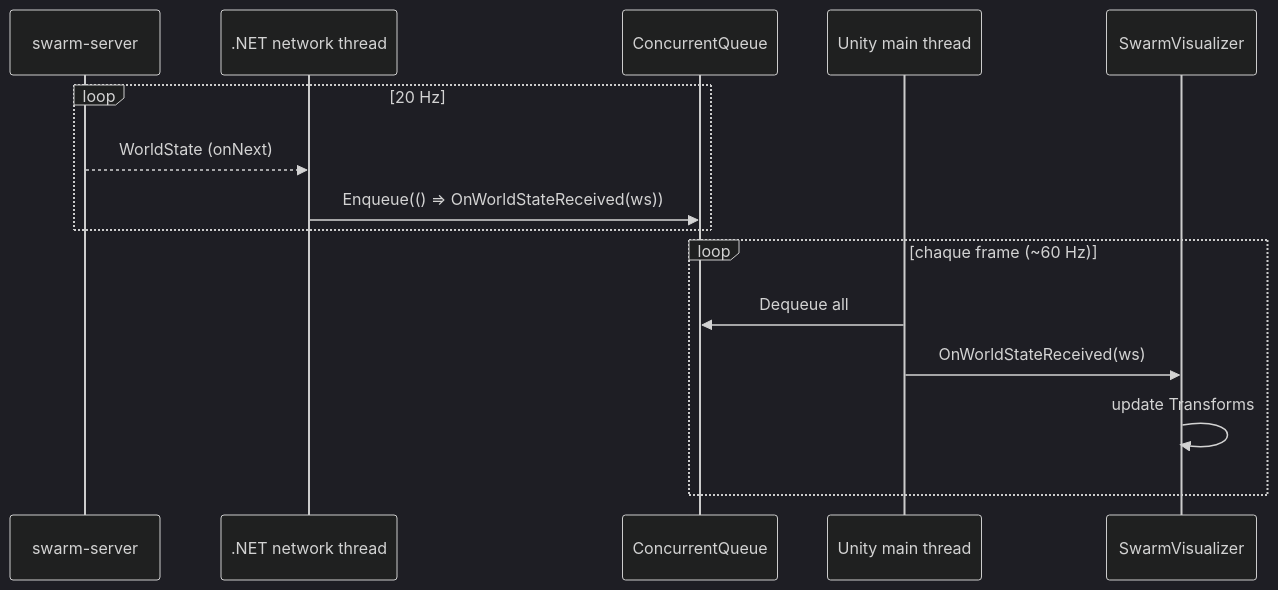
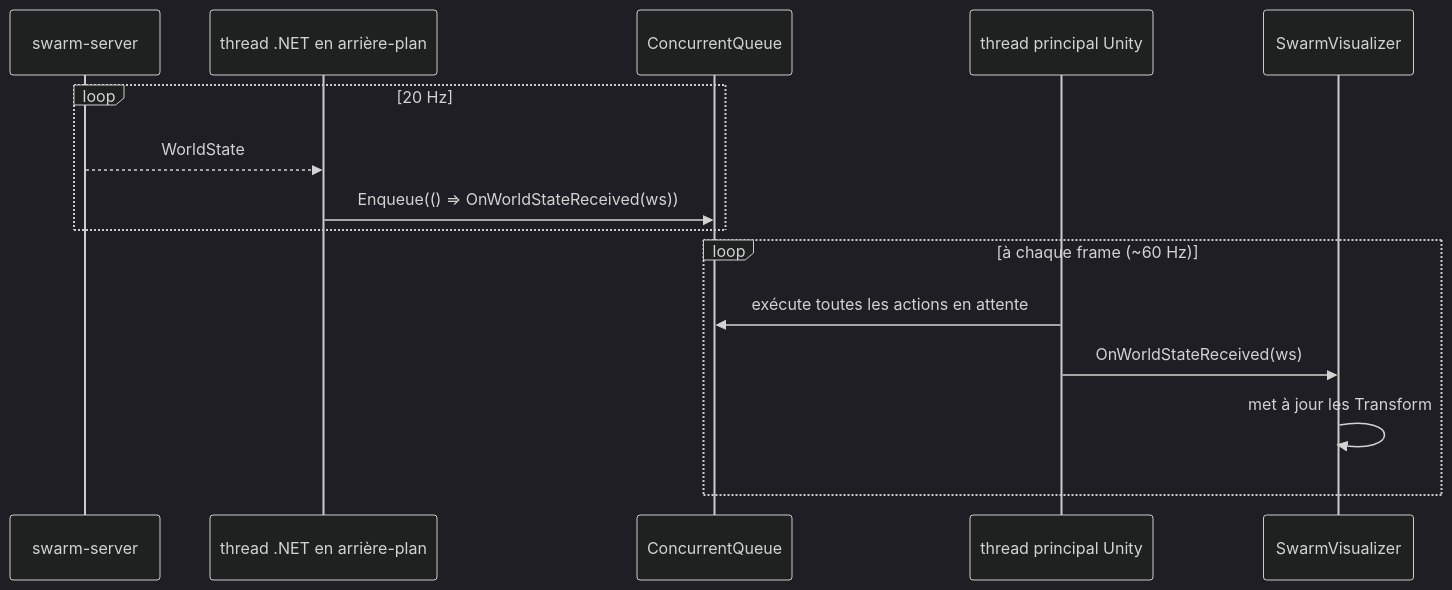
The fourth of 4 diagrams in docs/architecture.fr.md (gakkel-labs/swarm-simulator), drawn with Mermaid (dark theme) before and after one commit. The commit also changed other lines of this file and 8 other files, not shown here.

Commit message:
docs: align architecture, Boids rules, gRPC contract and Unity guide with the code (#149)

````diff
--- a/docs/architecture.fr.md
+++ b/docs/architecture.fr.md
@@ -202,19 +258,19 @@
 ```mermaid
 sequenceDiagram
     participant Server as swarm-server
-    participant Net as .NET network thread
+    participant Net as thread .NET en arrière-plan
     participant Queue as ConcurrentQueue
-    participant Main as Unity main thread
+    participant Main as thread principal Unity
     participant Viz as SwarmVisualizer
 
     loop 20 Hz
-        Server-->>Net: WorldState (onNext)
+        Server-->>Net: WorldState
         Net->>Queue: Enqueue(() => OnWorldStateReceived(ws))
     end
 
-    loop chaque frame (~60 Hz)
-        Main->>Queue: Dequeue all
+    loop à chaque frame (~60 Hz)
+        Main->>Queue: exécute toutes les actions en attente
         Main->>Viz: OnWorldStateReceived(ws)
-        Viz->>Viz: update Transforms
+        Viz->>Viz: met à jour les Transform
     end
 ```
````
